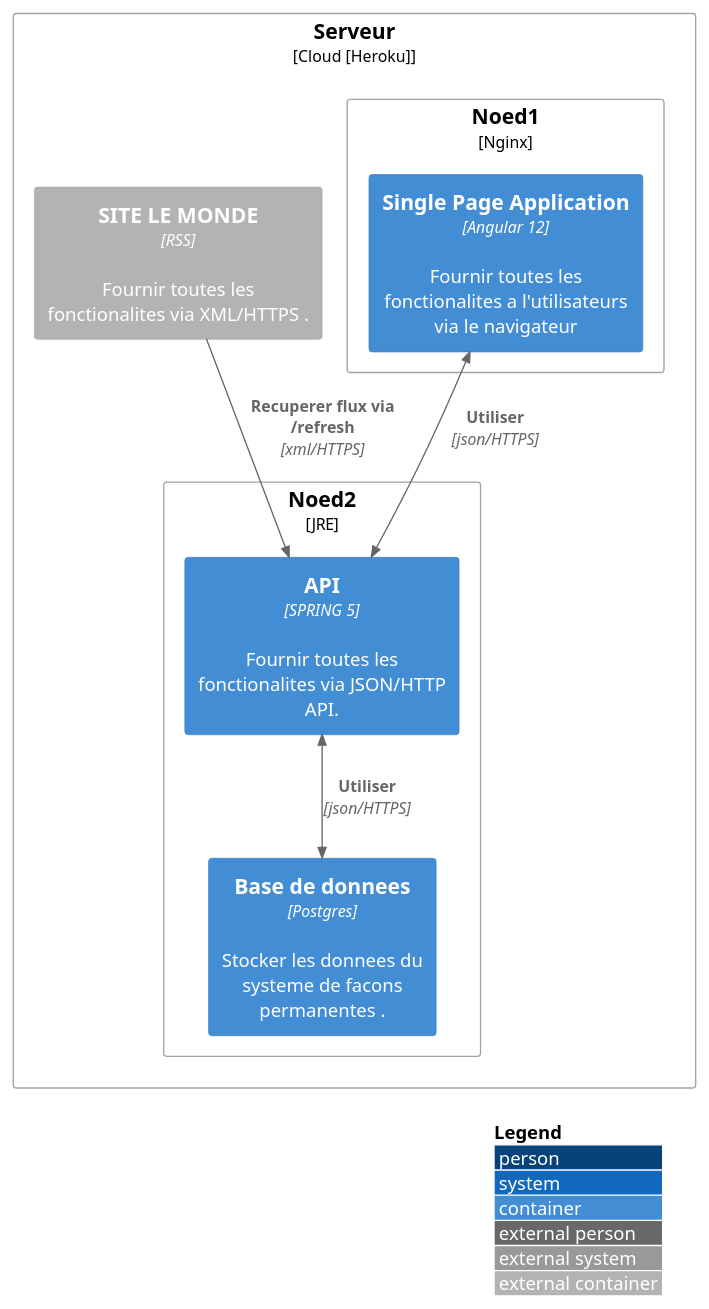
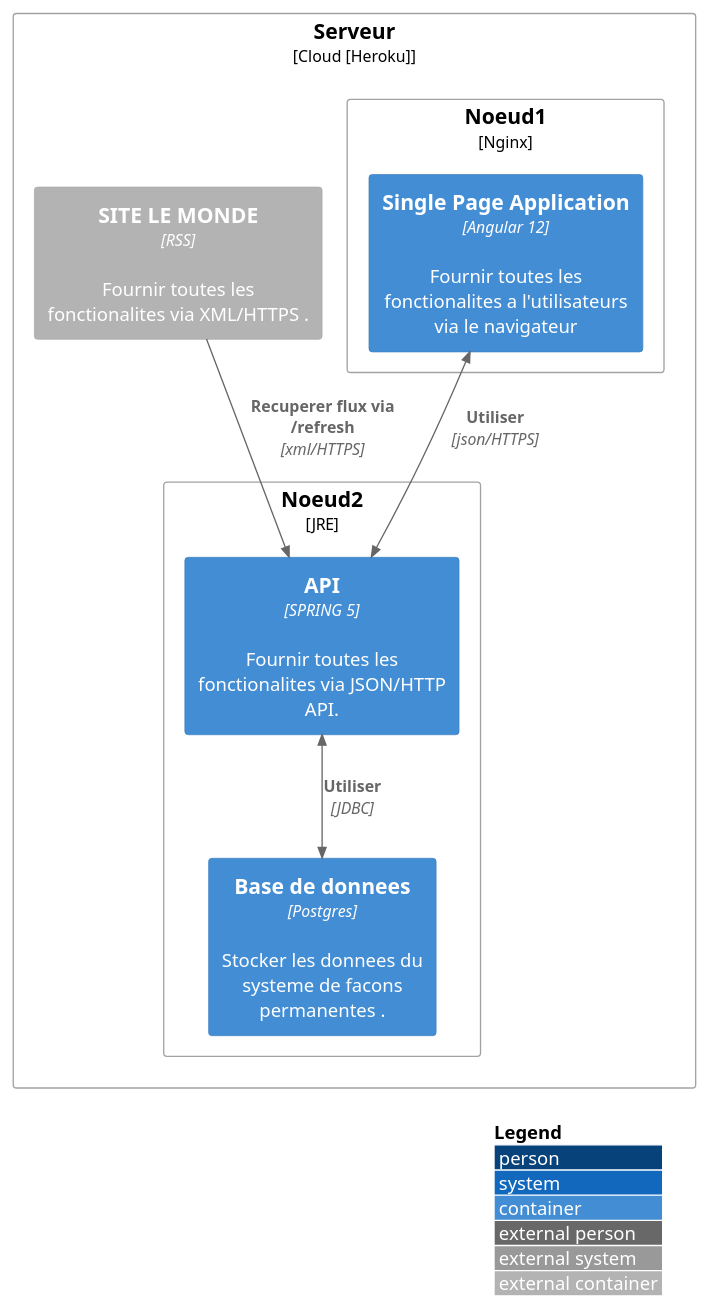
One commit to coundia/doc_mini_rss_reader-c4 changed the diagram in src/2 Deployment/deployment.puml. Above: the diagram before and after it, drawn with PlantUML. The commit also changed 3 other files, not shown here.

```diff
--- a/src/2 Deployment/deployment.puml
+++ b/src/2 Deployment/deployment.puml
@@ -1,25 +1,25 @@
 @startuml
 !include https://raw.githubusercontent.com/adrianvlupu/C4-PlantUML/latest/C4_Deployment.puml
 
 LAYOUT_WITH_LEGEND()
 
 Deployment_Node(server, "Serveur", "Cloud [Heroku]"){
-        Deployment_Node(Noed1, "Noed1", "Nginx"){
+        Deployment_Node(Noeud1, "Noeud1", "Nginx"){
             Container(spa, "Single Page Application", "Angular 12", "Fournir toutes les fonctionalites a l'utilisateurs via le navigateur")
         }
-        Deployment_Node(Noed2, "Noed2", "JRE"){
+        Deployment_Node(Noeud2, "Noeud2", "JRE"){
                     Container(spa, "Single Page Application", "Angular 12", "Fournir toutes les fonctionalites a l'utilisateurs via le navigateur")
                     Container(api, "API ", "SPRING 5", "Fournir toutes les fonctionalites via JSON/HTTP API.")
               Container(db, "Base de donnees", "Postgres", "Stocker les donnees du systeme de facons permanentes .")
                 }
       Container_Ext(ext, "SITE LE MONDE ", "RSS", "Fournir toutes les fonctionalites via XML/HTTPS .")
 
 
 }
 
 
 BiRel(spa, api, "Utiliser", "json/HTTPS")
-BiRel(api, db, "Utiliser", "json/HTTPS")
+BiRel(api, db, "Utiliser", "JDBC")
 Rel(ext,api, "Recuperer flux via /refresh", "xml/HTTPS")
 
 @enduml
```
